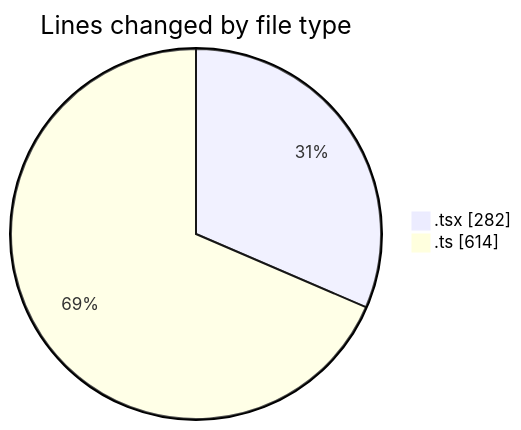
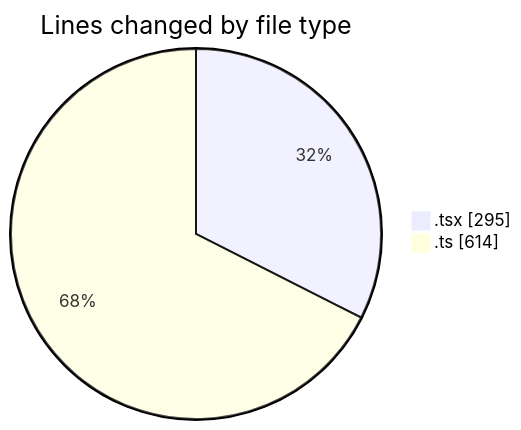
One commit to nxtqubesakshisongat/code-tracking changed the first of 2 diagrams in 2026-05-18/nxtqube_webapp/README.md. Above: the diagram before and after it, drawn with Mermaid. The commit also changed other lines of this file and 1 other file, not shown here.

````diff
--- a/2026-05-18/nxtqube_webapp/README.md
+++ b/2026-05-18/nxtqube_webapp/README.md
@@ -24,6 +24,6 @@
 ```mermaid
 pie showData
 title Lines changed by file type
-".tsx" : 282
+".tsx" : 295
 ".ts" : 614
 ```
````
